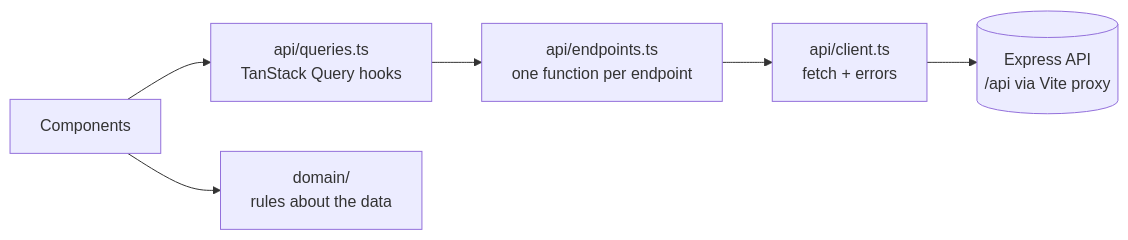
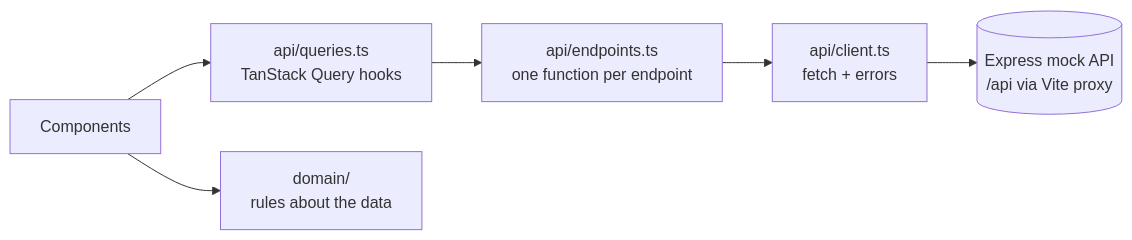
Before and after one commit to LBakerDev/meridian-dashboard: the diagram in docs/data-layer.md, drawn with Mermaid. The commit also changed other lines of this file and 13 other files, not shown here.

````diff
--- a/docs/data-layer.md
+++ b/docs/data-layer.md
@@ -5,8 +5,8 @@
 ```mermaid
 flowchart LR
   UI[Components] --> Q[api/queries.ts<br/>TanStack Query hooks]
   UI --> D[domain/<br/>rules about the data]
   Q --> E[api/endpoints.ts<br/>one function per endpoint]
   E --> C[api/client.ts<br/>fetch + errors]
-  C --> S[(Express API<br/>/api via Vite proxy)]
+  C --> S[(Express mock API<br/>/api via Vite proxy)]
 ```
````
